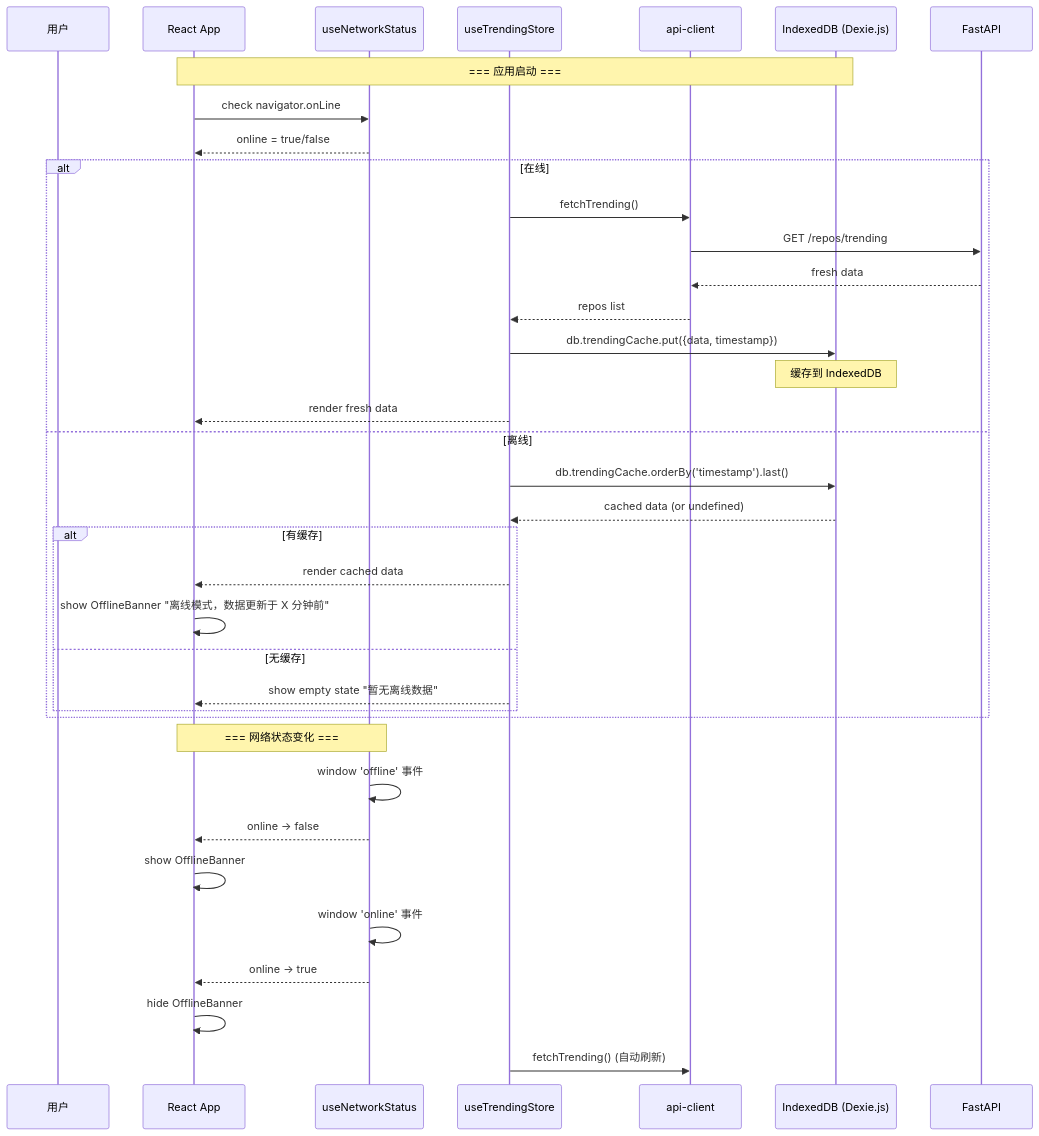
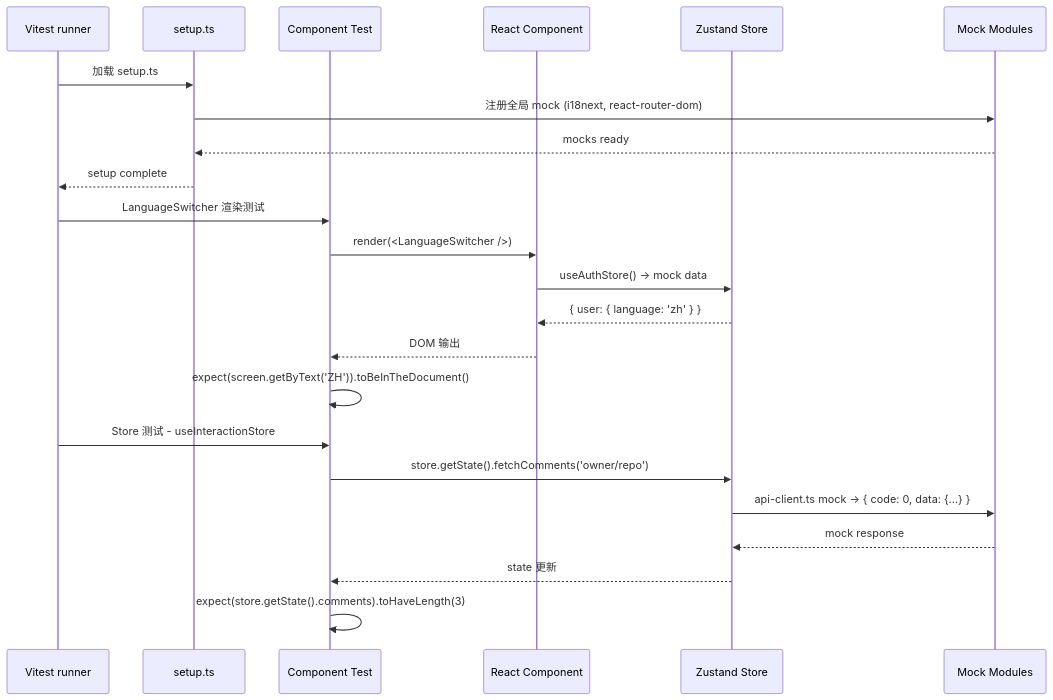
One commit to Nagi-226/DevPulse changed the third of 5 diagrams in docs/system_design.md. Above: the diagram before and after it, drawn with Mermaid. The commit also changed other lines of this file and 52 other files, not shown here.

````diff
--- a/docs/system_design.md
+++ b/docs/system_design.md
@@ -548,47 +353,28 @@
 ```mermaid
 sequenceDiagram
-    participant User as 用户
-    participant App as React App
-    participant Hook as useNetworkStatus
-    participant Store as useTrendingStore
-    participant API as api-client
-    participant Dexie as IndexedDB (Dexie.js)
-    participant Backend as FastAPI
+    participant V as Vitest runner
+    participant SU as setup.ts
+    participant CT as Component Test
+    participant C as React Component
+    participant S as Zustand Store
+    participant M as Mock Modules
 
-    Note over App,Dexie: === 应用启动 ===
+    V->>SU: 加载 setup.ts
+    SU->>M: 注册全局 mock (i18next, react-router-dom)
+    M-->>SU: mocks ready
+    SU-->>V: setup complete
 
-    App->>Hook: check navigator.onLine
-    Hook-->>App: online = true/false
+    V->>CT: LanguageSwitcher 渲染测试
+    CT->>C: render(<LanguageSwitcher />)
+    C->>S: useAuthStore() → mock data
+    S-->>C: { user: { language: 'zh' } }
+    C-->>CT: DOM 输出
+    CT->>CT: expect(screen.getByText('ZH')).toBeInTheDocument()
 
-    alt 在线
-        Store->>API: fetchTrending()
-        API->>Backend: GET /repos/trending
-        Backend-->>API: fresh data
-        API-->>Store: repos list
-        
-        Store->>Dexie: db.trendingCache.put({data, timestamp})
-        Note over Dexie: 缓存到 IndexedDB
-        Store-->>App: render fresh data
-    else 离线
-        Store->>Dexie: db.trendingCache.orderBy('timestamp').last()
-        Dexie-->>Store: cached data (or undefined)
-        
-        alt 有缓存
-            Store-->>App: render cached data
-            App->>App: show OfflineBanner "离线模式，数据更新于 X 分钟前"
-        else 无缓存
-            Store-->>App: show empty state "暂无离线数据"
-        end
-    end
-
-    Note over Hook,App: === 网络状态变化 ===
-
-    Hook->>Hook: window 'offline' 事件
-    Hook-->>App: online → false
-    App->>App: show OfflineBanner
-
-    Hook->>Hook: window 'online' 事件
-    Hook-->>App: online → true
-    App->>App: hide OfflineBanner
-    Store->>API: fetchTrending() (自动刷新)
+    V->>CT: Store 测试 - useInteractionStore
+    CT->>S: store.getState().fetchComments('owner/repo')
+    S->>M: api-client.ts mock → { code: 0, data: {...} }
+    M-->>S: mock response
+    S-->>CT: state 更新
+    CT->>CT: expect(store.getState().comments).toHaveLength(3)
 ```
````
